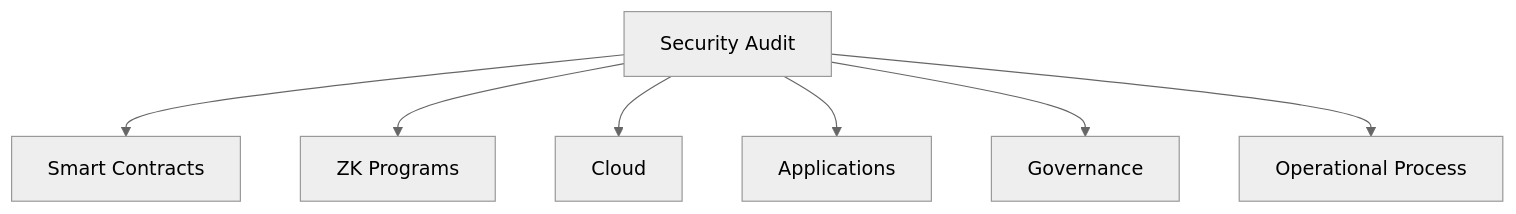
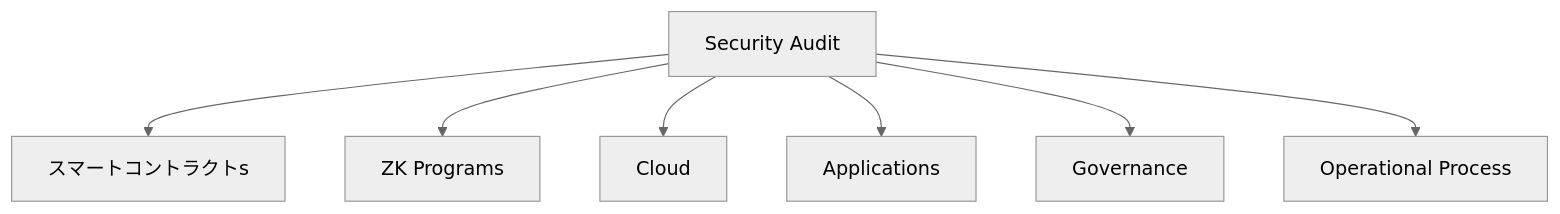
Before and after one commit to ShigeichiroYamasaki/creator-first-platform: diagram 41 of 48 in docs/whitepaper/10-security.md, drawn with Mermaid (neutral theme). The commit also changed other lines of this file and 67 other files, not shown here.

````diff
--- a/docs/whitepaper/10-security.md
+++ b/docs/whitepaper/10-security.md
@@ -1300,11 +1300,11 @@
 ```mermaid
 flowchart TD
     AUDIT[Security Audit]
 
-    AUDIT --> CONTRACT[Smart Contracts]
+    AUDIT --> CONTRACT[スマートコントラクトs]
     AUDIT --> ZK[ZK Programs]
     AUDIT --> CLOUD[Cloud]
     AUDIT --> APP[Applications]
     AUDIT --> GOV[Governance]
     AUDIT --> PROCESS[Operational Process]
 ```
````
